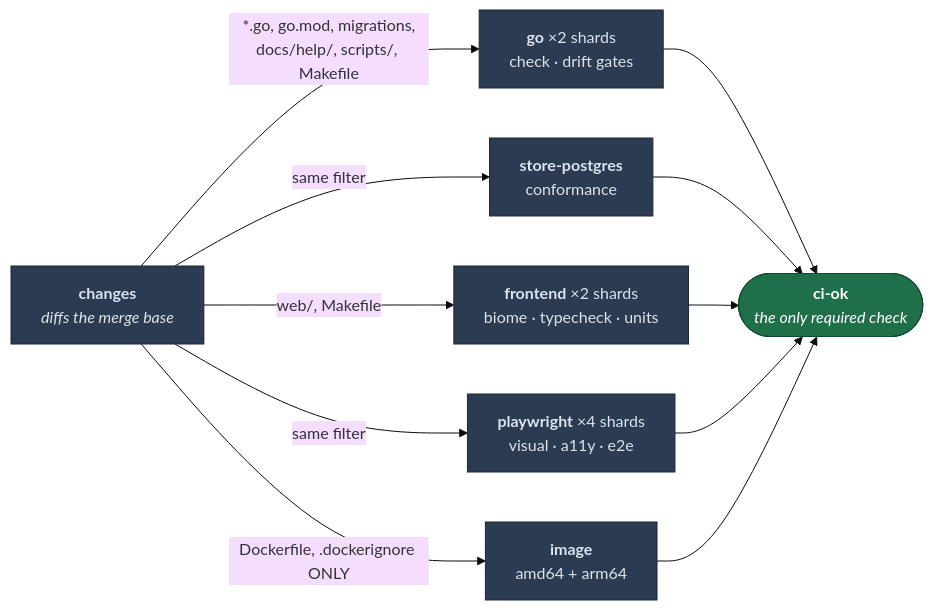
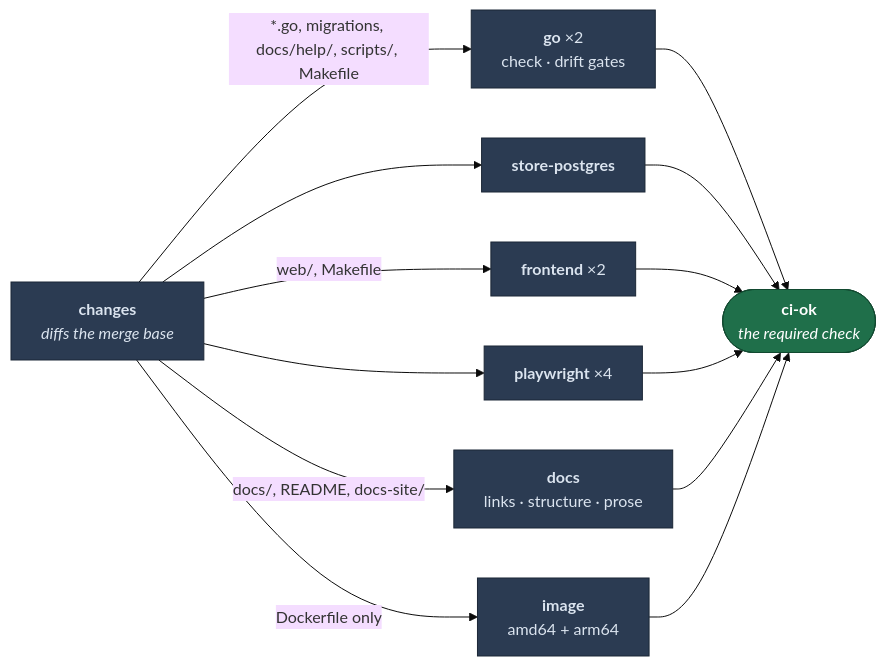
Before and after one commit to loomarr/loomarr: the diagram in docs/dev/ci.md, drawn with Mermaid (base theme). The commit also changed other lines of this file and 16 other files, not shown here.

````diff
--- a/docs/dev/ci.md
+++ b/docs/dev/ci.md
@@ -3,26 +3,29 @@
 ```mermaid
 graph LR
   C["<b>changes</b><br/><i>diffs the merge base</i>"]
-  G["<b>go</b> ×2 shards<br/>check · drift gates"]
-  P["<b>store-postgres</b><br/>conformance"]
-  F["<b>frontend</b> ×2 shards<br/>biome · typecheck · units"]
-  W["<b>playwright</b> ×4 shards<br/>visual · a11y · e2e"]
+  G["<b>go</b> ×2<br/>check · drift gates"]
+  P["<b>store-postgres</b>"]
+  F["<b>frontend</b> ×2"]
+  W["<b>playwright</b> ×4"]
+  D["<b>docs</b><br/>links · structure · prose"]
   I["<b>image</b><br/>amd64 + arm64"]
-  OK(["<b>ci-ok</b><br/><i>the only required check</i>"])
+  OK(["<b>ci-ok</b><br/><i>the required check</i>"])
 
-  C -->|"*.go, go.mod, migrations,<br/>docs/help/, scripts/, Makefile"| G
-  C -->|same filter| P
+  C -->|"*.go, migrations, docs/help/, scripts/, Makefile"| G
+  C --> P
   C -->|"web/, Makefile"| F
-  C -->|same filter| W
-  C -->|"Dockerfile, .dockerignore ONLY"| I
+  C --> W
+  C -->|"docs/, README, docs-site/"| D
+  C -->|"Dockerfile only"| I
   G --> OK
   P --> OK
   F --> OK
   W --> OK
+  D --> OK
   I --> OK
 
   classDef gate fill:#1f6f4a,stroke:#134a31,color:#fff
   classDef job fill:#2b3b52,stroke:#1b2736,color:#dbe4ef
   class OK gate
-  class C,G,P,F,W,I job
+  class C,G,P,F,W,D,I job
 ```
````
